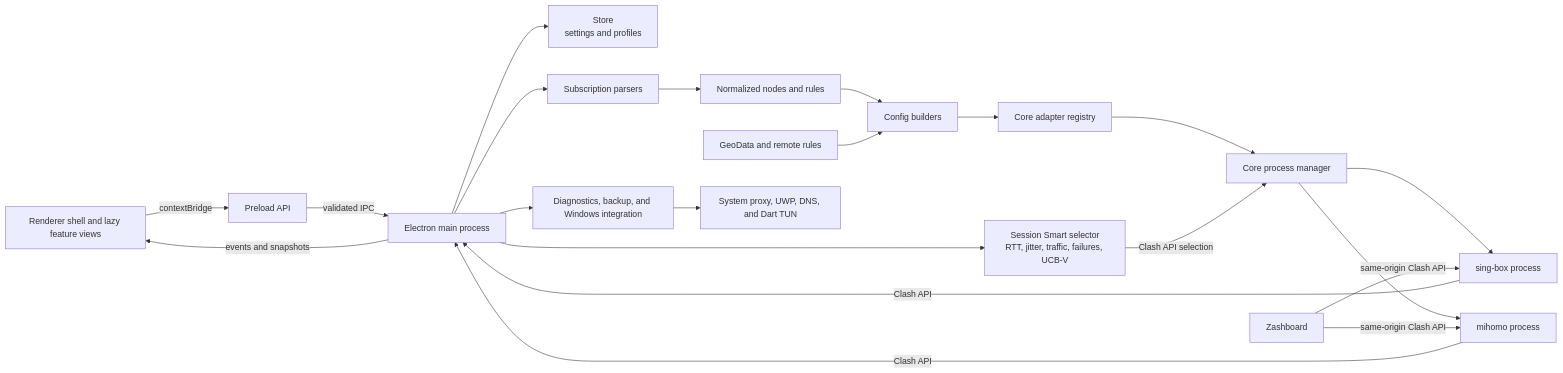
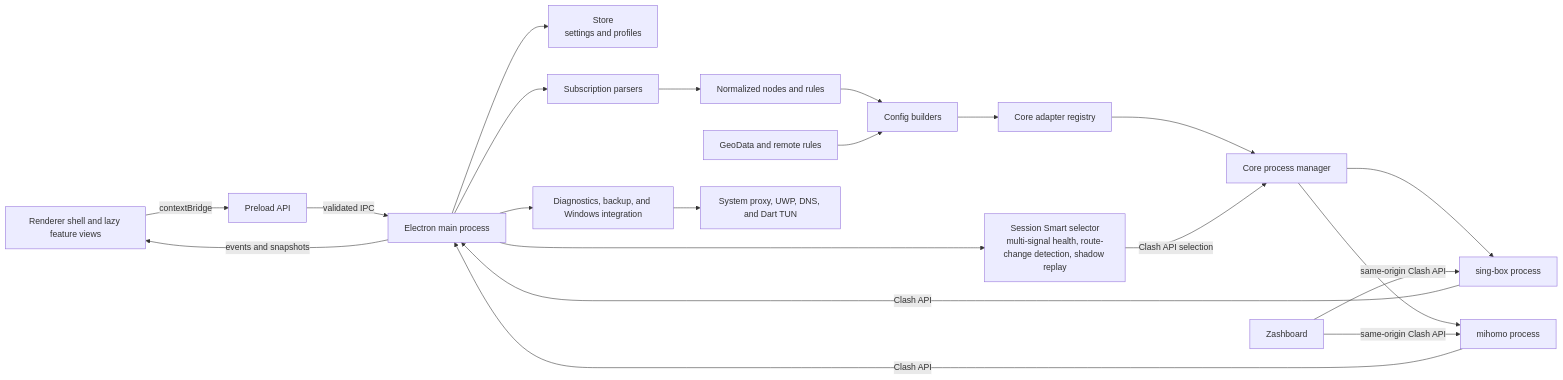
One commit to blakebill/dart changed the diagram in README.md. Above: the diagram before and after it, drawn with Mermaid. The commit also changed other lines of this file and 51 other files, not shown here.

First line of the commit message:
Add Smart selection, probe/health, region scoping

````diff
--- a/README.md
+++ b/README.md
@@ -62,28 +65,28 @@
 ```mermaid
 flowchart LR
     UI["Renderer shell and lazy feature views"] -->|"contextBridge"| PRELOAD["Preload API"]
     PRELOAD -->|"validated IPC"| MAIN["Electron main process"]
 
     MAIN --> STORE["Store\nsettings and profiles"]
     MAIN --> SUB["Subscription parsers"]
     MAIN --> TOOLS["Diagnostics, backup, and Windows integration"]
     SUB --> MODEL["Normalized nodes and rules"]
     MODEL --> CONVERT["Config builders"]
 
     CONVERT --> ADAPTER["Core adapter registry"]
     ADAPTER --> MANAGER["Core process manager"]
     MANAGER --> SB["sing-box process"]
     MANAGER --> MH["mihomo process"]
 
-    MAIN --> SMART["Session Smart selector\nRTT, jitter, traffic, failures, UCB-V"]
+    MAIN --> SMART["Session Smart selector\nmulti-signal health, route-change detection, shadow replay"]
     SMART -->|"Clash API selection"| MANAGER
 
     SB -->|"Clash API"| MAIN
     MH -->|"Clash API"| MAIN
     MAIN -->|"events and snapshots"| UI
 
     GEO["GeoData and remote rules"] --> CONVERT
     TOOLS --> SYSTEM["System proxy, UWP, DNS, and Dart TUN"]
     PANEL["Zashboard"] -->|"same-origin Clash API"| SB
     PANEL -->|"same-origin Clash API"| MH
 ```
````
